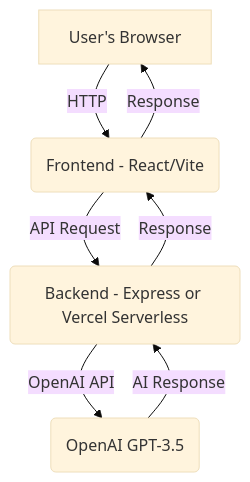
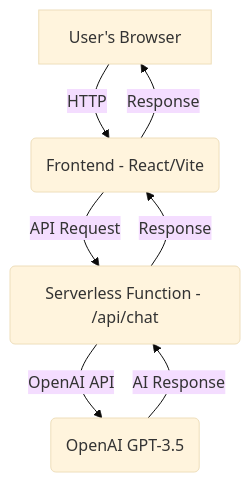
Before and after one commit to MatthewRichardson96/HeyChat: the diagram in README.md, drawn with Mermaid (base theme). The commit also changed other lines of this file and 10 other files, not shown here.

Commit message:
removed backend code as we are using vercel serverless functions

````diff
--- a/README.md
+++ b/README.md
@@ -103,9 +82,9 @@
 ```mermaid
 graph TD
   A[User's Browser] -->|HTTP| B(Frontend - React/Vite)
-  B -->|API Request| C(Backend - Express or Vercel Serverless)
+  B -->|API Request| C(Serverless Function - /api/chat)
   C -->|OpenAI API| D(OpenAI GPT-3.5)
   D -->|AI Response| C
   C -->|Response| B
   B -->|Response| A
 ```
````
